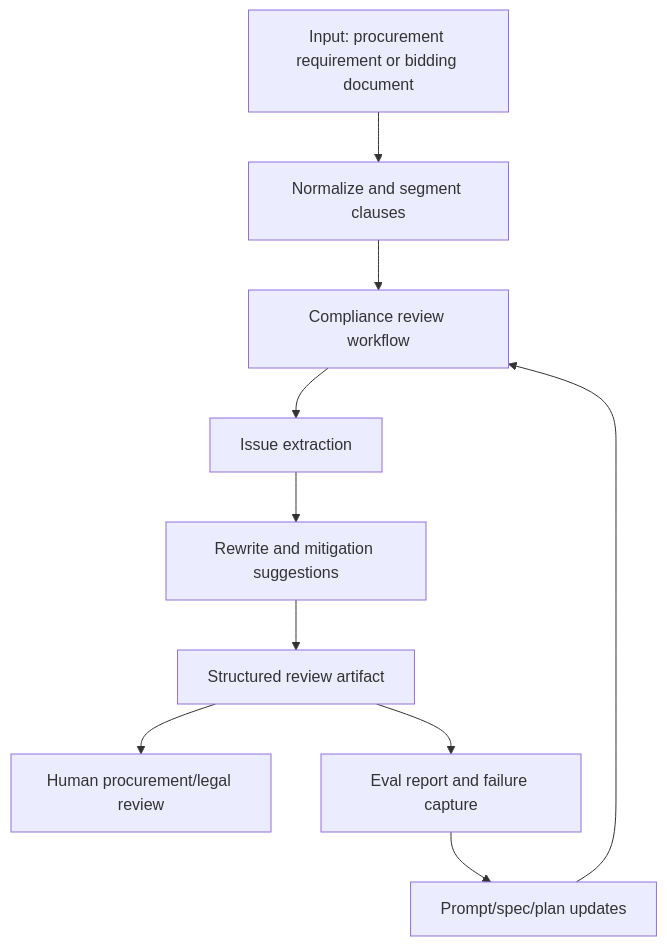
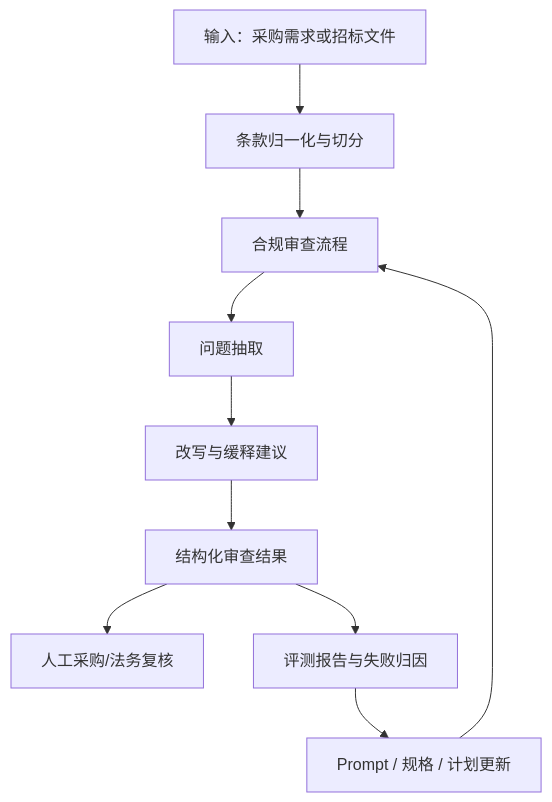
One commit to zeranlin/agent_compliance changed the diagram in ARCHITECTURE.md. Above: the diagram before and after it, drawn with Mermaid. The commit also changed other lines of this file and 6 other files, not shown here.

````diff
--- a/ARCHITECTURE.md
+++ b/ARCHITECTURE.md
@@ -16,12 +16,12 @@
 ```mermaid
 flowchart TD
-    A["Input: procurement requirement or bidding document"] --> B["Normalize and segment clauses"]
-    B --> C["Compliance review workflow"]
-    C --> D["Issue extraction"]
-    D --> E["Rewrite and mitigation suggestions"]
-    E --> F["Structured review artifact"]
-    F --> G["Human procurement/legal review"]
-    F --> H["Eval report and failure capture"]
-    H --> I["Prompt/spec/plan updates"]
+    A["输入：采购需求或招标文件"] --> B["条款归一化与切分"]
+    B --> C["合规审查流程"]
+    C --> D["问题抽取"]
+    D --> E["改写与缓释建议"]
+    E --> F["结构化审查结果"]
+    F --> G["人工采购/法务复核"]
+    F --> H["评测报告与失败归因"]
+    H --> I["Prompt / 规格 / 计划更新"]
     I --> C
 ```
````
